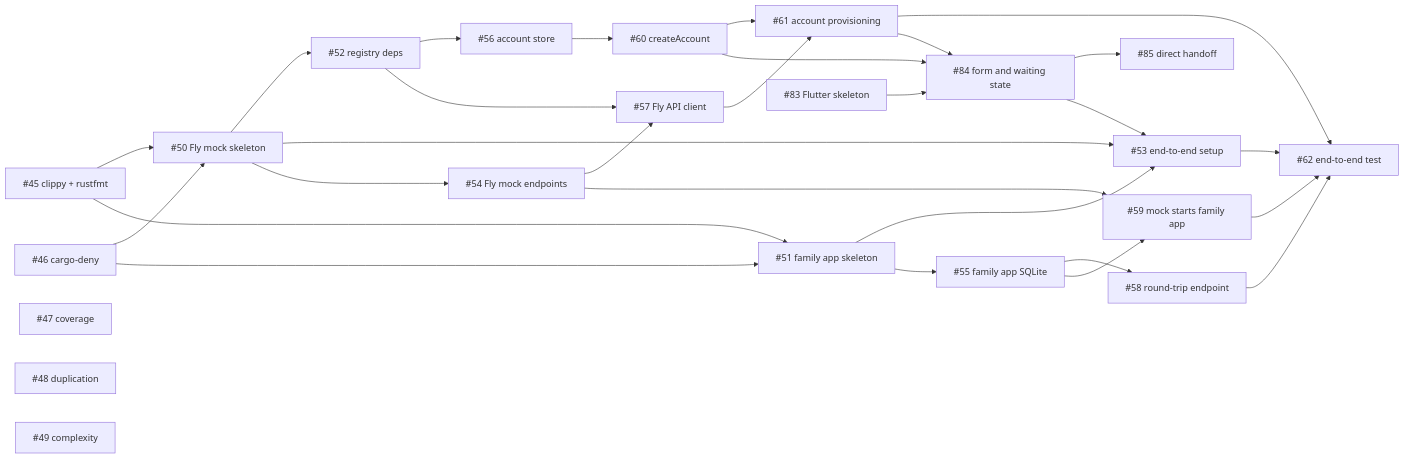
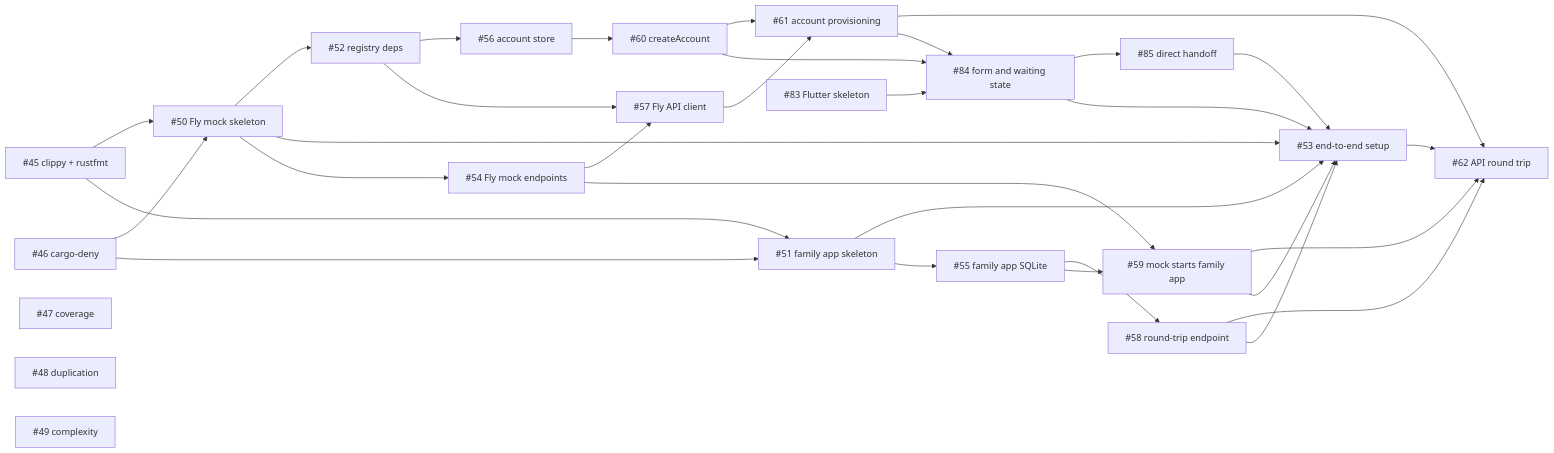
One commit to grantspeelman/family-ai changed the diagram in first-build-pr-sequence.md. Above: the diagram before and after it, drawn with Mermaid. The commit also changed other lines of this file, not shown here.

````diff
--- a/first-build-pr-sequence.md
+++ b/first-build-pr-sequence.md
@@ -107,52 +109,55 @@
 ```mermaid
 flowchart LR
     i45["#45 clippy + rustfmt"]
     i46["#46 cargo-deny"]
     i47["#47 coverage"]
     i48["#48 duplication"]
     i49["#49 complexity"]
     i50["#50 Fly mock skeleton"]
     i51["#51 family app skeleton"]
     i52["#52 registry deps"]
     i53["#53 end-to-end setup"]
     i54["#54 Fly mock endpoints"]
     i55["#55 family app SQLite"]
     i56["#56 account store"]
     i57["#57 Fly API client"]
     i58["#58 round-trip endpoint"]
     i59["#59 mock starts family app"]
     i60["#60 createAccount"]
     i61["#61 account provisioning"]
-    i62["#62 end-to-end test"]
+    i62["#62 API round trip"]
     i83["#83 Flutter skeleton"]
     i84["#84 form and waiting state"]
     i85["#85 direct handoff"]
 
     i45 --> i50
     i46 --> i50
     i45 --> i51
     i46 --> i51
     i50 --> i52
     i50 --> i53
     i51 --> i53
     i50 --> i54
     i51 --> i55
     i52 --> i56
     i52 --> i57
     i54 --> i57
     i55 --> i58
     i54 --> i59
     i55 --> i59
     i56 --> i60
     i60 --> i61
     i57 --> i61
     i53 --> i62
     i61 --> i62
     i59 --> i62
     i58 --> i62
     i83 --> i84
     i60 --> i84
     i61 --> i84
     i84 --> i85
     i84 --> i53
+    i85 --> i53
+    i58 --> i53
+    i59 --> i53
 ```
````
